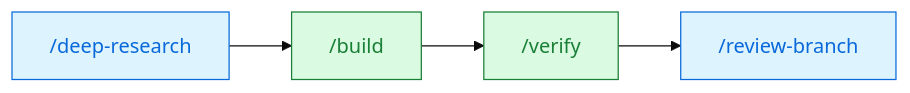
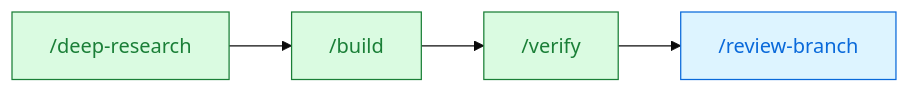
One commit to DoctorMozg/claude-pipelines changed the first of 9 diagrams in README.md. Above: the diagram before and after it, drawn with Mermaid (base theme). The commit also changed other lines of this file and 12 other files, not shown here.

Commit message:
Moving deep-research to pipe plugin

````diff
--- a/README.md
+++ b/README.md
@@ -13,8 +13,8 @@
 ```mermaid
 flowchart LR
-    A["/deep-research"]:::base --> B["/build"]:::pipe
+    A["/deep-research"]:::pipe --> B["/build"]:::pipe
     B --> C["/verify"]:::pipe
     C --> D["/review-branch"]:::base
     classDef base fill:#ddf4ff,stroke:#0969da,color:#0969da
     classDef pipe fill:#dafbe1,stroke:#1a7f37,color:#1a7f37
 ```
````
